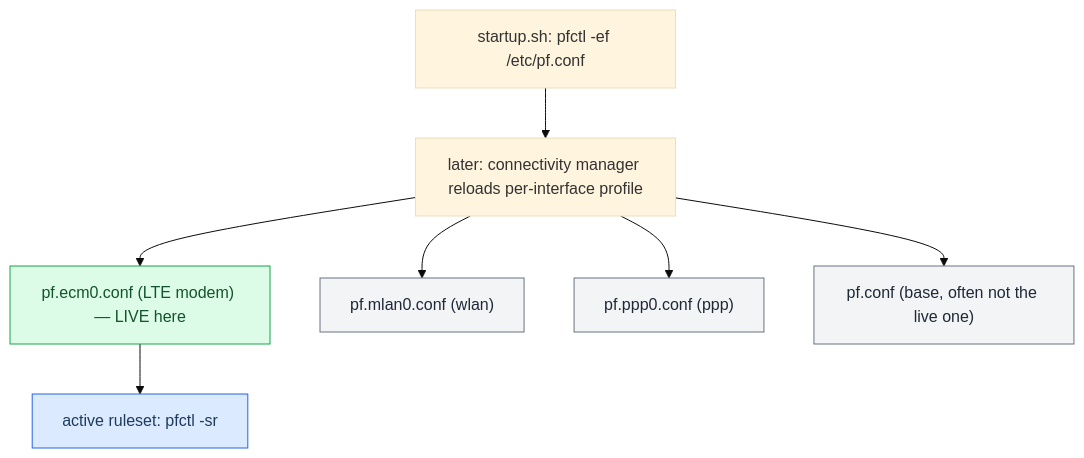
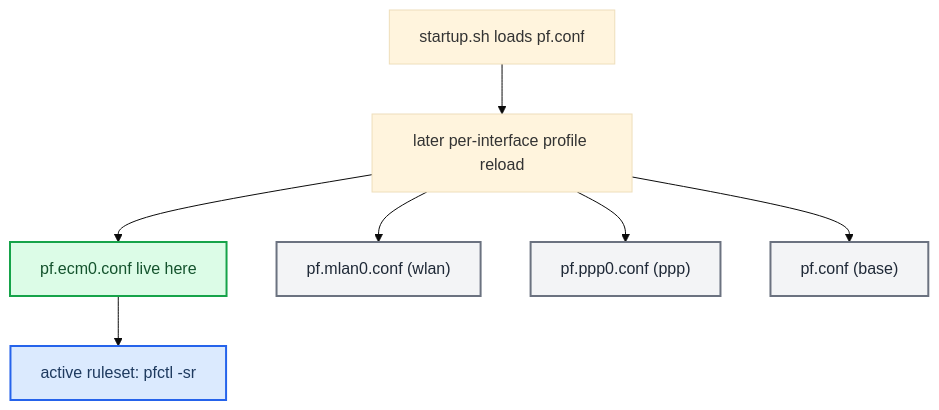
One commit to luka-dev/mib2q-carplay-rgi changed the diagram in docs-obsidian/Connect and USB/PF Firewall.md. Above: the diagram before and after it, drawn with Mermaid (base theme). The commit also changed other lines of this file and 43 other files, not shown here.

````diff
--- a/docs-obsidian/Connect and USB/PF Firewall.md
+++ b/docs-obsidian/Connect and USB/PF Firewall.md
@@ -13,24 +13,24 @@
 ```mermaid
 flowchart TB
   accTitle: PF profile selection by external interface
-  accDescr: startup runs pfctl on pf.conf, but a later binary swaps in a per-interface profile depending on which external interface is up — ecm0 on this LTE car — and only that active ruleset matters.
-  boot["startup.sh: pfctl -ef /etc/pf.conf"]
-  swap["later: connectivity manager reloads per-interface profile"]
-  ecm0["pf.ecm0.conf (LTE modem) — LIVE here"]
+  accDescr: start_network runs pfctl on pf.conf, but a later unidentified component swaps in a per-interface profile depending on which external interface is up, ecm0 on this LTE car, and only that active ruleset matters.
+  boot["startup.sh loads pf.conf"]
+  swap["later per-interface profile reload"]
+  ecm0["pf.ecm0.conf live here"]
   mlan0["pf.mlan0.conf (wlan)"]
   ppp0["pf.ppp0.conf (ppp)"]
-  base["pf.conf (base, often not the live one)"]
+  base["pf.conf (base)"]
   active["active ruleset: pfctl -sr"]
   boot --> swap
   swap --> ecm0
   swap --> mlan0
   swap --> ppp0
   swap --> base
   ecm0 --> active
+  classDef success fill:#dcfce7,stroke:#16a34a,stroke-width:2px,color:#14532d
+  classDef primary fill:#dbeafe,stroke:#2563eb,stroke-width:2px,color:#1e3a5f
+  classDef neutral fill:#f3f4f6,stroke:#6b7280,stroke-width:2px,color:#1f2937
   class ecm0 success
   class active primary
   class base,mlan0,ppp0 neutral
-  classDef success fill:#dcfce7,stroke:#16a34a,color:#14532d
-  classDef primary fill:#dbeafe,stroke:#2563eb,color:#1e3a5f
-  classDef neutral fill:#f3f4f6,stroke:#6b7280,color:#1f2937
 ```
````
